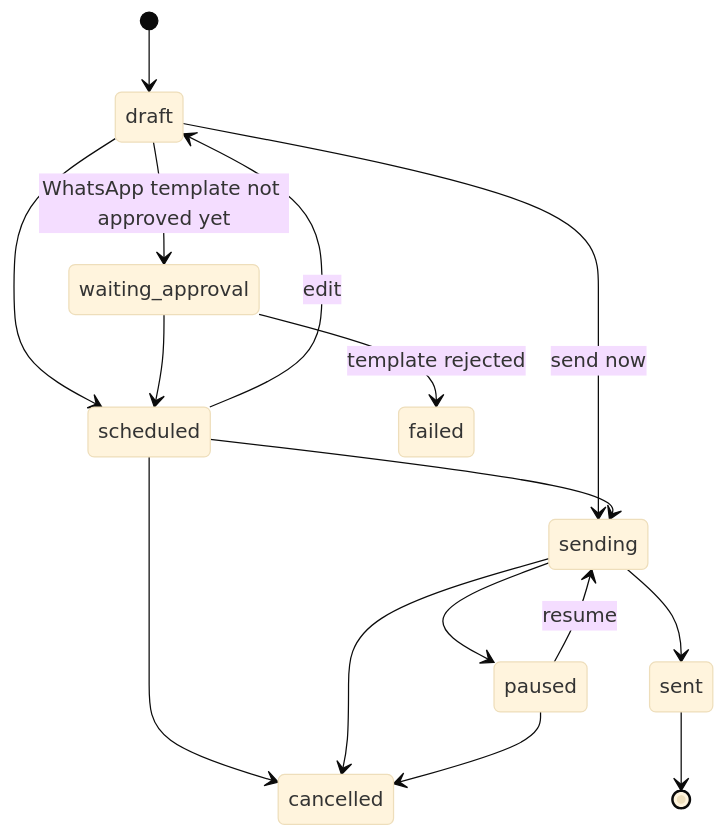
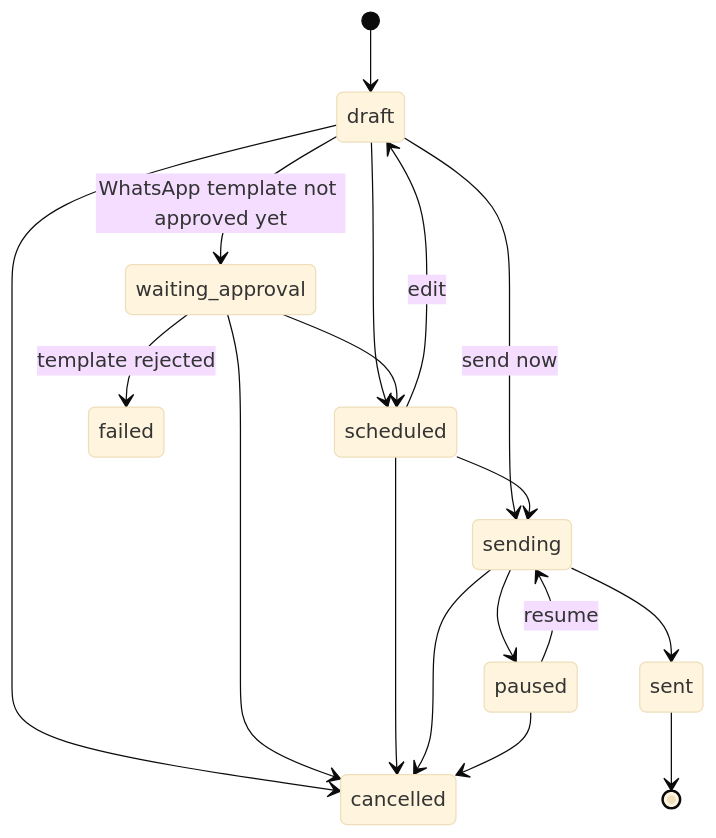
Before and after one commit to iamaaasif/dakly-app: the third of 3 diagrams in docs/data/state-machines.md, drawn with Mermaid (base theme). The commit also changed 7 other files, not shown here.

````diff
--- a/docs/data/state-machines.md
+++ b/docs/data/state-machines.md
@@ -93,18 +93,20 @@
 ```mermaid
 stateDiagram-v2
     [*] --> draft
     draft --> waiting_approval: WhatsApp template not approved yet
     draft --> scheduled
     draft --> sending: send now
+    draft --> cancelled
     waiting_approval --> scheduled
     waiting_approval --> failed: template rejected
+    waiting_approval --> cancelled
     scheduled --> sending
     scheduled --> cancelled
     scheduled --> draft: edit
     sending --> paused
     sending --> sent
     sending --> cancelled
     paused --> sending: resume
     paused --> cancelled
     sent --> [*]
 ```
````
